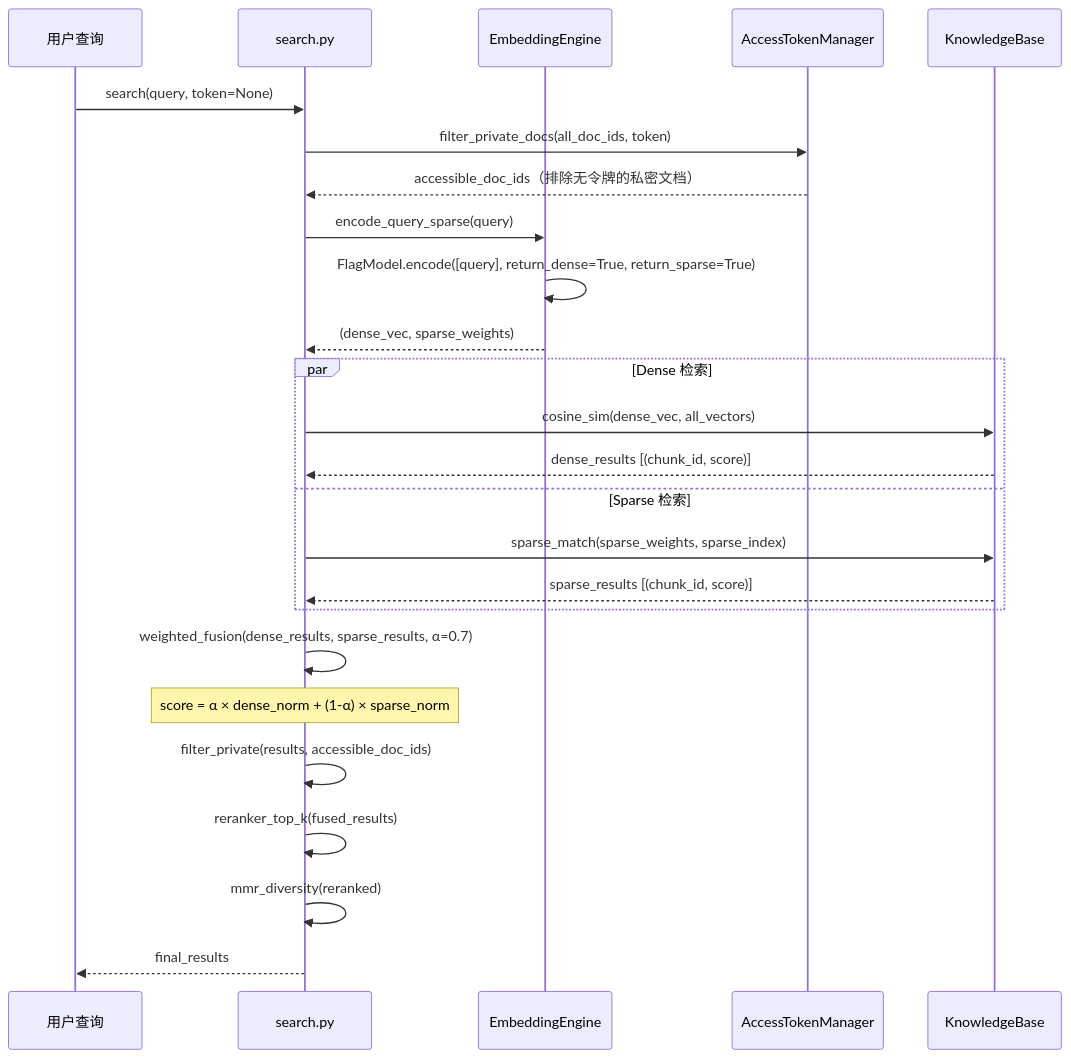
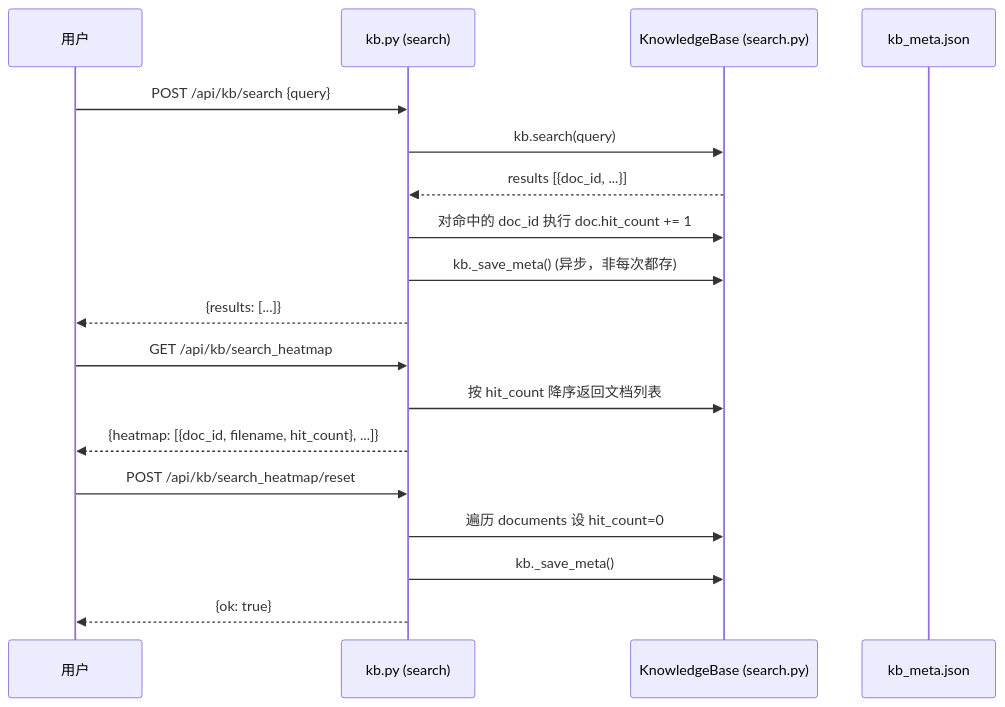
One commit to zwq871482439/sidemate changed the fifth of 7 diagrams in docs/system_design.md. Above: the diagram before and after it, drawn with Mermaid. The commit also changed other lines of this file and 17 other files, not shown here.

````diff
--- a/docs/system_design.md
+++ b/docs/system_design.md
@@ -417,33 +390,23 @@
 ```mermaid
 sequenceDiagram
-    participant User as 用户查询
-    participant Search as search.py
-    participant Embed as EmbeddingEngine
-    participant Token as AccessTokenManager
-    participant KB as KnowledgeBase
+    participant U as 用户
+    participant BE as kb.py (search)
+    participant KB as KnowledgeBase (search.py)
+    participant Meta as kb_meta.json
 
-    User->>Search: search(query, token=None)
-    
-    Search->>Token: filter_private_docs(all_doc_ids, token)
-    Token-->>Search: accessible_doc_ids（排除无令牌的私密文档）
-    
-    Search->>Embed: encode_query_sparse(query)
-    Embed->>Embed: FlagModel.encode([query], return_dense=True, return_sparse=True)
-    Embed-->>Search: (dense_vec, sparse_weights)
-    
-    par Dense 检索
-        Search->>KB: cosine_sim(dense_vec, all_vectors)
-        KB-->>Search: dense_results [(chunk_id, score)]
-    and Sparse 检索
-        Search->>KB: sparse_match(sparse_weights, sparse_index)
-        KB-->>Search: sparse_results [(chunk_id, score)]
-    end
-    
-    Search->>Search: weighted_fusion(dense_results, sparse_results, α=0.7)
-    Note over Search: score = α × dense_norm + (1-α) × sparse_norm
-    
-    Search->>Search: filter_private(results, accessible_doc_ids)
-    Search->>Search: reranker_top_k(fused_results)
-    Search->>Search: mmr_diversity(reranked)
-    Search-->>User: final_results
+    U->>BE: POST /api/kb/search {query}
+    BE->>KB: kb.search(query)
+    KB-->>BE: results [{doc_id, ...}]
+    BE->>KB: 对命中的 doc_id 执行 doc.hit_count += 1
+    BE->>KB: kb._save_meta() (异步，非每次都存)
+    BE-->>U: {results: [...]}
+
+    U->>BE: GET /api/kb/search_heatmap
+    BE->>KB: 按 hit_count 降序返回文档列表
+    BE-->>U: {heatmap: [{doc_id, filename, hit_count}, ...]}
+
+    U->>BE: POST /api/kb/search_heatmap/reset
+    BE->>KB: 遍历 documents 设 hit_count=0
+    BE->>KB: kb._save_meta()
+    BE-->>U: {ok: true}
 ```
````
